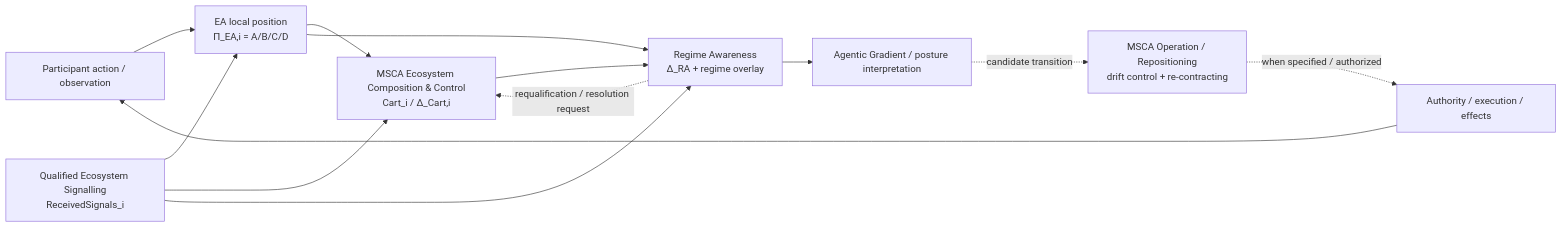
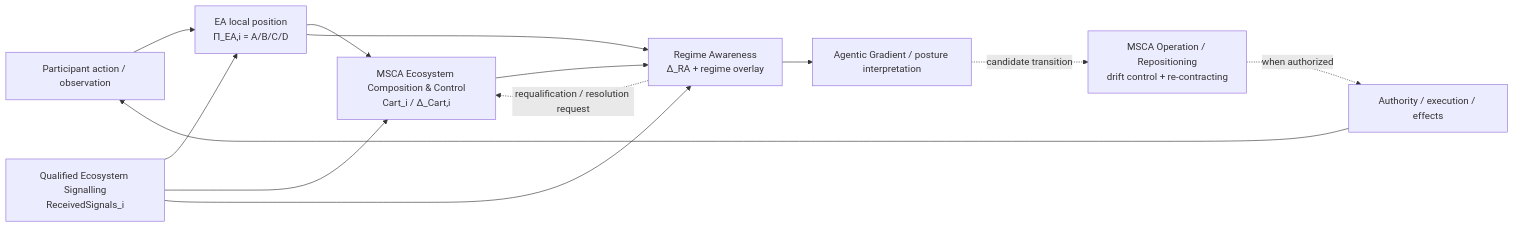
Before and after one commit to dakleyer/structural-awareness-contributions: the diagram in architectural-contributions/ecosystem-positioning/README.md, drawn with Mermaid.

Commit message:
Finalize repositioning execution edge in positioning circuit

````diff
--- a/architectural-contributions/ecosystem-positioning/README.md
+++ b/architectural-contributions/ecosystem-positioning/README.md
@@ -39,24 +39,24 @@
 ```mermaid
 flowchart LR
     A[Participant action / observation]
     E[EA local position<br/>Π_EA,i = A/B/C/D]
     S[Qualified Ecosystem Signalling<br/>ReceivedSignals_i]
     M[MSCA Ecosystem Composition & Control<br/>Cart_i / Δ_Cart,i]
     R[Regime Awareness<br/>Δ_RA + regime overlay]
     G[Agentic Gradient / posture interpretation]
     P[MSCA Operation / Repositioning<br/>drift control + re-contracting]
     H[Authority / execution / effects]
 
     A --> E
     S --> E
     E --> M
     S --> M
     M --> R
     E --> R
     S --> R
     R --> G
     G -. candidate transition .-> P
-    P -. when specified / authorized .-> H
+    P -. when authorized .-> H
     H --> A
     R -. requalification / resolution request .-> M
 ```
````
